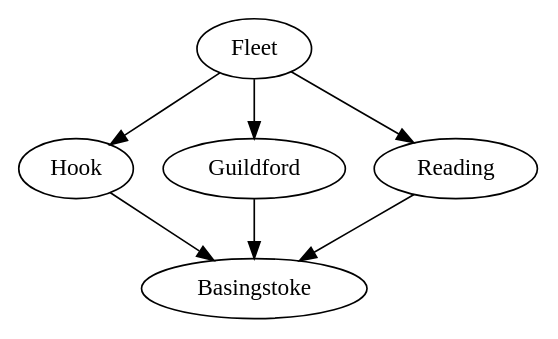
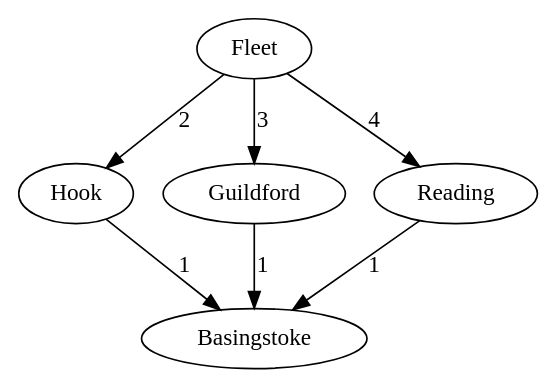
One commit to EduBotics/OO_AIML_Challenge changed the diagram in graph2.gv. Above: the diagram before and after it, drawn with Graphviz. The commit also changed 5 other files, not shown here.

```diff
--- a/graph2.gv
+++ b/graph2.gv
@@ -1,14 +1,14 @@
 strict digraph {
 	Fleet
 	Hook
 	Basingstoke
 	Guildford
 	Reading
 
-	Fleet -> Hook [length=2]
-	Fleet -> Guildford [length=3]
-	Hook -> Basingstoke [length=1]
-	Guildford -> Basingstoke [length=1]
-	Fleet -> Reading [length=4]
-	Reading -> Basingstoke [length=1]
+	Fleet -> Hook [label="2", length=2]
+	Fleet -> Guildford [label="3", length=3]
+	Hook -> Basingstoke [label="1", length=1]
+	Guildford -> Basingstoke [label="1", length=1]
+	Fleet -> Reading [label="4", length=4]
+	Reading -> Basingstoke [label="1", length=1]
 }
```
